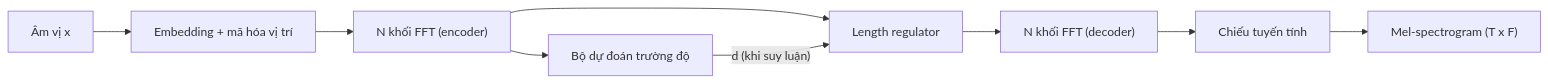
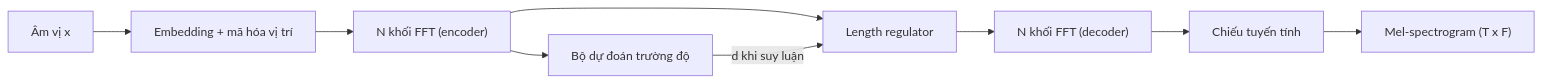
Before and after one commit to tuandung222/tts-books-2026: the first of 2 diagrams in docs/phan-5-mo-hinh-am-hoc/ch22-fastspeech.md, drawn with Mermaid. The commit also changed 1 other file, not shown here.

Commit message:
WIP: bản thảo các chương đang biên soạn
Claude-Session: https://claude.ai/code/session_01PnSv8GMC4q142v8Kx1mQHm

````diff
--- a/docs/phan-5-mo-hinh-am-hoc/ch22-fastspeech.md
+++ b/docs/phan-5-mo-hinh-am-hoc/ch22-fastspeech.md
@@ -51,11 +51,11 @@
 ```mermaid
 flowchart LR
     X["Âm vị x"] --> E["Embedding + mã hóa vị trí"]
     E --> ENC["N khối FFT (encoder)"]
     ENC --> DP["Bộ dự đoán trường độ"]
     ENC --> LR["Length regulator"]
-    DP -->|"d (khi suy luận)"| LR
+    DP -->|"d khi suy luận"| LR
     LR --> DEC["N khối FFT (decoder)"]
     DEC --> LIN["Chiếu tuyến tính"]
     LIN --> Y["Mel-spectrogram (T x F)"]
 ```
````
